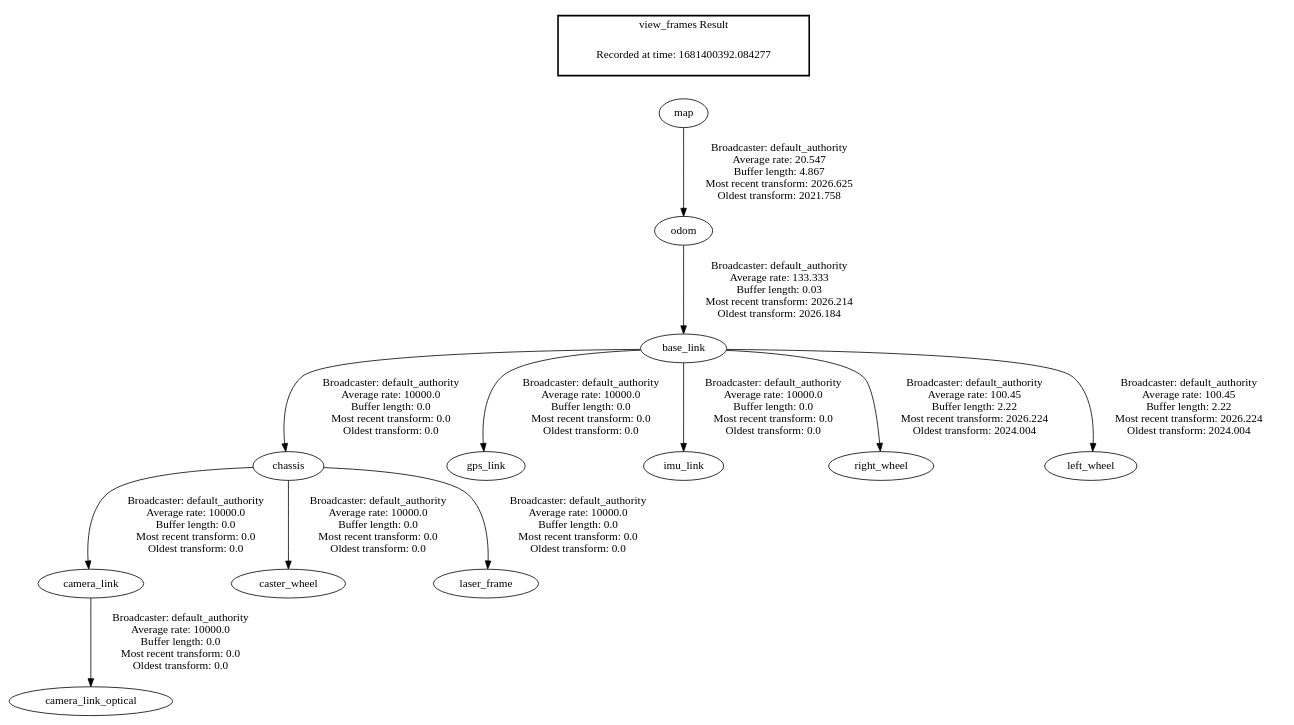
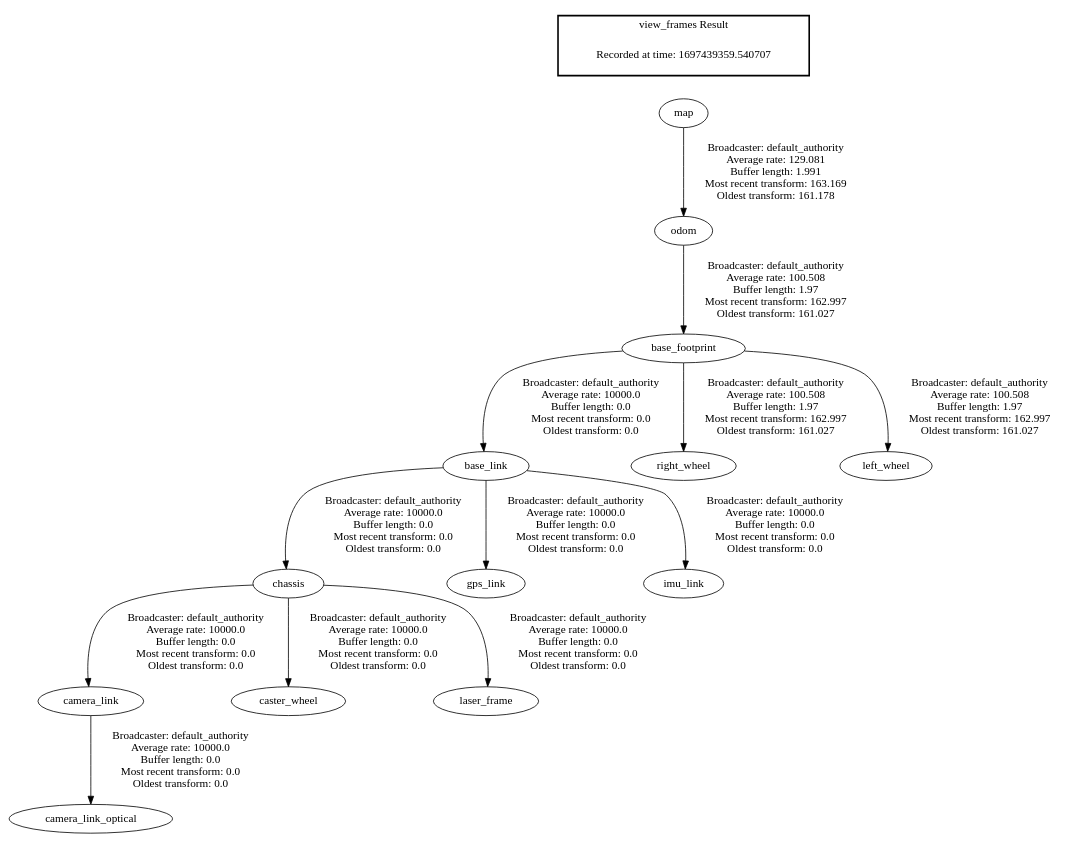
The diagram in frames.gv (riolaf05/robot-ros), drawn with Graphviz before and after one commit. The commit also changed 6 other files, not shown here.

```diff
--- a/frames.gv
+++ b/frames.gv
@@ -1,17 +1,18 @@
 digraph G {
-"map" -> "odom"[label=" Broadcaster: default_authority\nAverage rate: 20.547\nBuffer length: 4.867\nMost recent transform: 2026.625\nOldest transform: 2021.758\n"];
-"odom" -> "base_link"[label=" Broadcaster: default_authority\nAverage rate: 133.333\nBuffer length: 0.03\nMost recent transform: 2026.214\nOldest transform: 2026.184\n"];
+"map" -> "odom"[label=" Broadcaster: default_authority\nAverage rate: 129.081\nBuffer length: 1.991\nMost recent transform: 163.169\nOldest transform: 161.178\n"];
+"base_footprint" -> "base_link"[label=" Broadcaster: default_authority\nAverage rate: 10000.0\nBuffer length: 0.0\nMost recent transform: 0.0\nOldest transform: 0.0\n"];
+"odom" -> "base_footprint"[label=" Broadcaster: default_authority\nAverage rate: 100.508\nBuffer length: 1.97\nMost recent transform: 162.997\nOldest transform: 161.027\n"];
 "chassis" -> "camera_link"[label=" Broadcaster: default_authority\nAverage rate: 10000.0\nBuffer length: 0.0\nMost recent transform: 0.0\nOldest transform: 0.0\n"];
 "base_link" -> "chassis"[label=" Broadcaster: default_authority\nAverage rate: 10000.0\nBuffer length: 0.0\nMost recent transform: 0.0\nOldest transform: 0.0\n"];
 "camera_link" -> "camera_link_optical"[label=" Broadcaster: default_authority\nAverage rate: 10000.0\nBuffer length: 0.0\nMost recent transform: 0.0\nOldest transform: 0.0\n"];
 "chassis" -> "caster_wheel"[label=" Broadcaster: default_authority\nAverage rate: 10000.0\nBuffer length: 0.0\nMost recent transform: 0.0\nOldest transform: 0.0\n"];
 "base_link" -> "gps_link"[label=" Broadcaster: default_authority\nAverage rate: 10000.0\nBuffer length: 0.0\nMost recent transform: 0.0\nOldest transform: 0.0\n"];
 "base_link" -> "imu_link"[label=" Broadcaster: default_authority\nAverage rate: 10000.0\nBuffer length: 0.0\nMost recent transform: 0.0\nOldest transform: 0.0\n"];
 "chassis" -> "laser_frame"[label=" Broadcaster: default_authority\nAverage rate: 10000.0\nBuffer length: 0.0\nMost recent transform: 0.0\nOldest transform: 0.0\n"];
-"base_link" -> "right_wheel"[label=" Broadcaster: default_authority\nAverage rate: 100.45\nBuffer length: 2.22\nMost recent transform: 2026.224\nOldest transform: 2024.004\n"];
-"base_link" -> "left_wheel"[label=" Broadcaster: default_authority\nAverage rate: 100.45\nBuffer length: 2.22\nMost recent transform: 2026.224\nOldest transform: 2024.004\n"];
+"base_footprint" -> "right_wheel"[label=" Broadcaster: default_authority\nAverage rate: 100.508\nBuffer length: 1.97\nMost recent transform: 162.997\nOldest transform: 161.027\n"];
+"base_footprint" -> "left_wheel"[label=" Broadcaster: default_authority\nAverage rate: 100.508\nBuffer length: 1.97\nMost recent transform: 162.997\nOldest transform: 161.027\n"];
 edge [style=invis];
  subgraph cluster_legend { style=bold; color=black; label ="view_frames Result";
-"Recorded at time: 1681400392.084277"[ shape=plaintext ] ;
+"Recorded at time: 1697439359.540707"[ shape=plaintext ] ;
 }->"map";
 }
```
